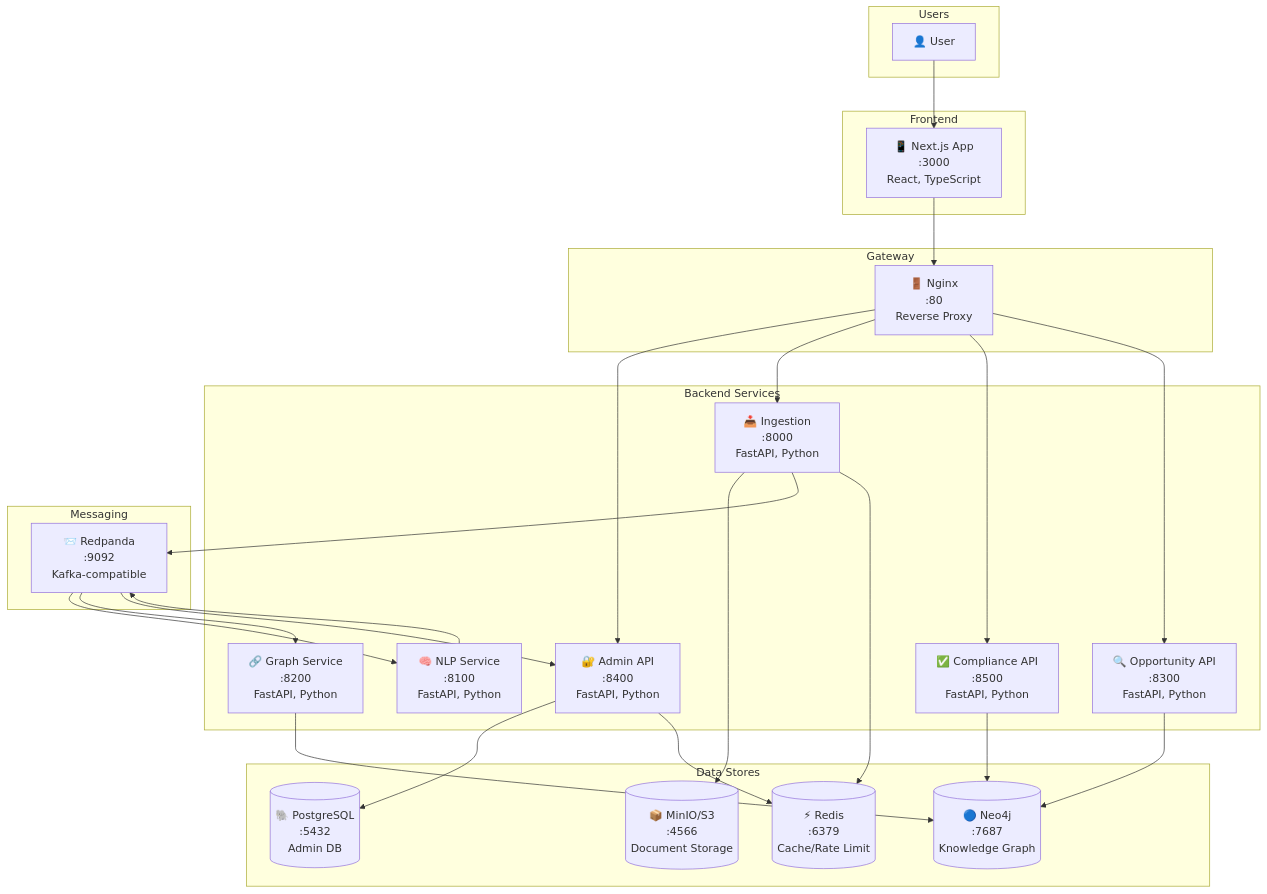
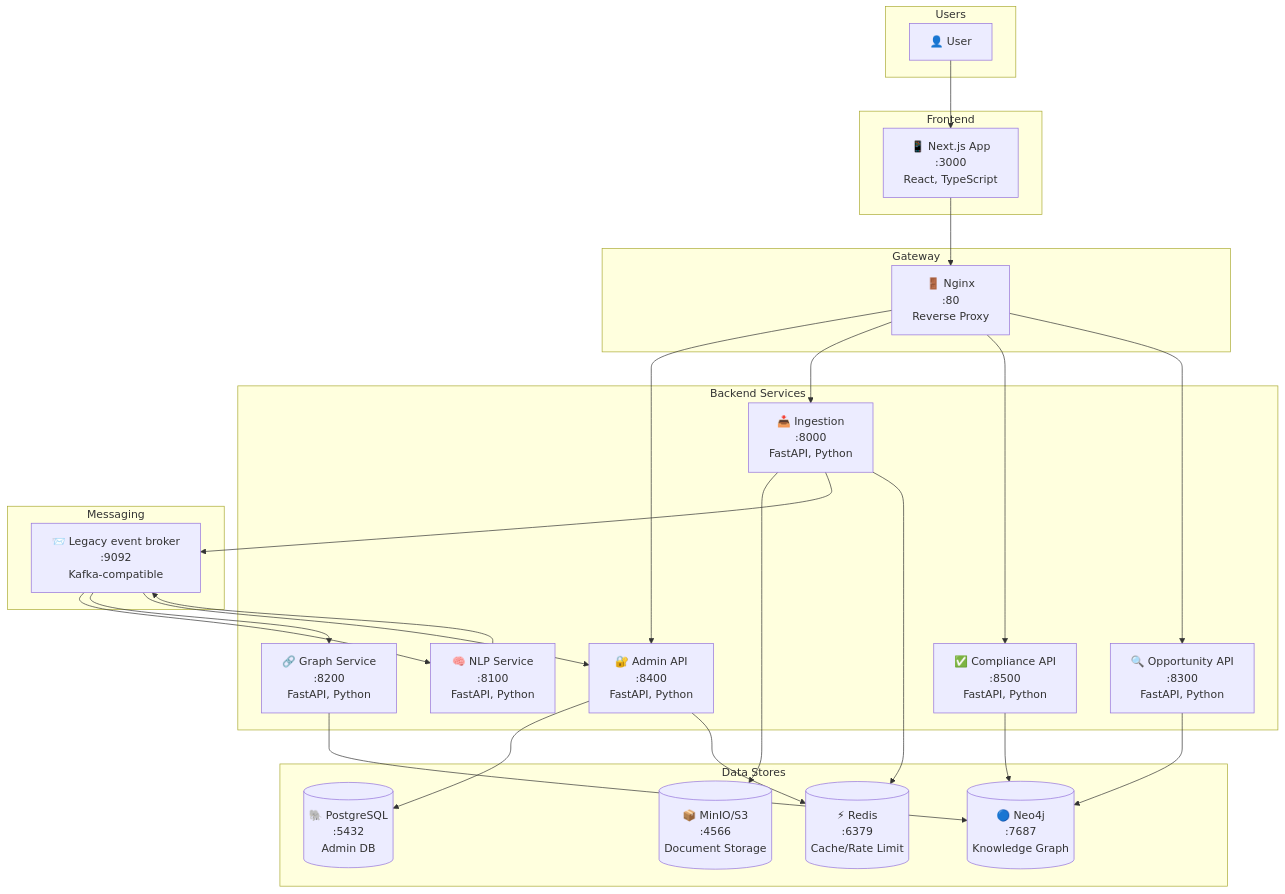
Before and after one commit to regengine/RegEngine: the diagram in docs/architecture/c4-containers.md, drawn with Mermaid. The commit also changed other lines of this file and 141 other files, not shown here.

````diff
--- a/docs/architecture/c4-containers.md
+++ b/docs/architecture/c4-containers.md
@@ -5,53 +5,53 @@
 ```mermaid
 graph TB
     subgraph users["Users"]
         USER[👤 User]
     end
     
     subgraph frontend["Frontend"]
         FE[📱 Next.js App<br/>:3000<br/>React, TypeScript]
     end
     
     subgraph gateway["Gateway"]
         GW[🚪 Nginx<br/>:80<br/>Reverse Proxy]
     end
     
     subgraph services["Backend Services"]
         ADMIN[🔐 Admin API<br/>:8400<br/>FastAPI, Python]
         ING[📥 Ingestion<br/>:8000<br/>FastAPI, Python]
         NLP[🧠 NLP Service<br/>:8100<br/>FastAPI, Python]
         GRAPH[🔗 Graph Service<br/>:8200<br/>FastAPI, Python]
         COMP[✅ Compliance API<br/>:8500<br/>FastAPI, Python]
         OPP[🔍 Opportunity API<br/>:8300<br/>FastAPI, Python]
     end
     
     subgraph messaging["Messaging"]
-        KAFKA[📨 Redpanda<br/>:9092<br/>Kafka-compatible]
+        KAFKA[📨 Legacy event broker<br/>:9092<br/>Kafka-compatible]
     end
     
     subgraph data["Data Stores"]
         PG[(🐘 PostgreSQL<br/>:5432<br/>Admin DB)]
         NEO[(🔵 Neo4j<br/>:7687<br/>Knowledge Graph)]
         S3[(📦 MinIO/S3<br/>:4566<br/>Document Storage)]
         REDIS[(⚡ Redis<br/>:6379<br/>Cache/Rate Limit)]
     end
     
     USER --> FE
     FE --> GW
     GW --> ADMIN & ING & COMP & OPP
     
     ING --> S3
     ING --> KAFKA
     KAFKA --> NLP
     NLP --> KAFKA
     KAFKA --> GRAPH
     KAFKA --> ADMIN
     
     GRAPH --> NEO
     ADMIN --> PG
     OPP --> NEO
     COMP --> NEO
     
     ADMIN --> REDIS
     ING --> REDIS
 ```
````
